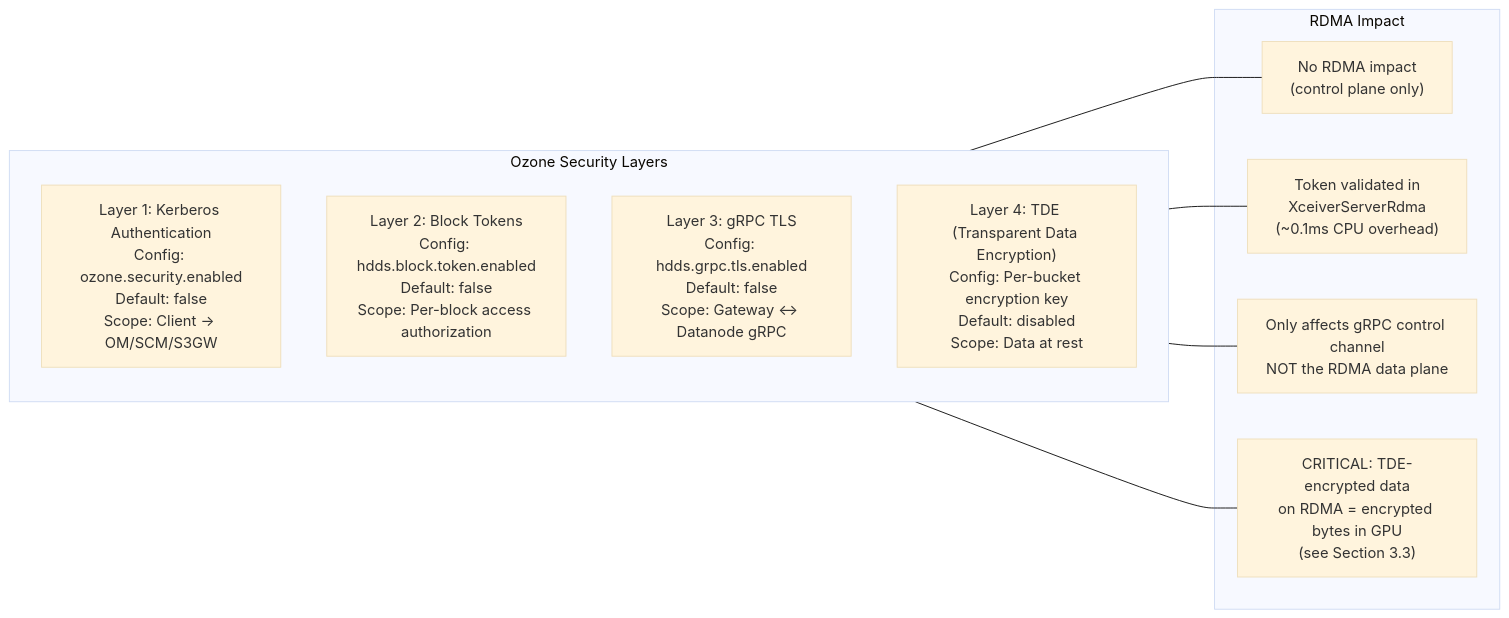
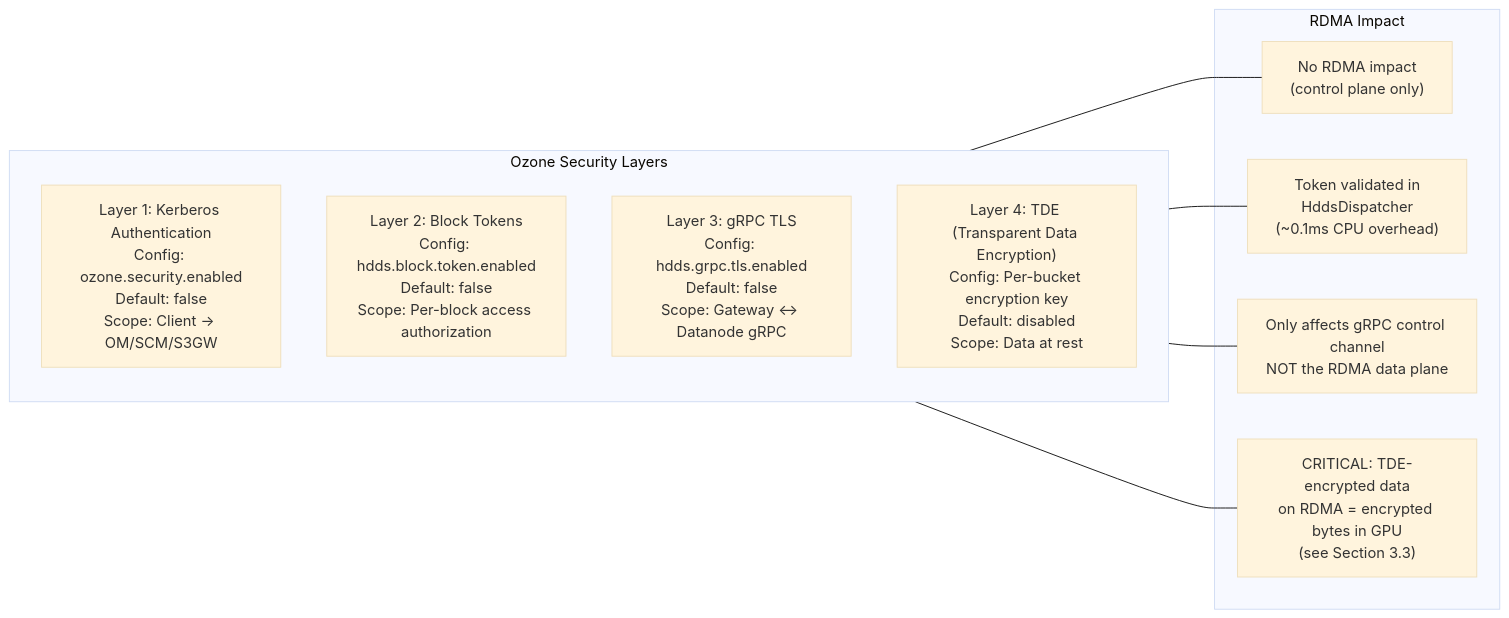
Diagram 13 of 18 in docs/gds-dn-direct-rdma-implementation-spec.md (ptlrs/ozone), drawn with Mermaid (base theme) before and after one commit. The commit also changed other lines of this file, not shown here.

Commit message:
GPUDirect. Update GPUDirect Storage spec to version 2.0 with enhanced RDMA path details. This removed all hallucinated APIs

````diff
--- a/docs/gds-dn-direct-rdma-implementation-spec.md
+++ b/docs/gds-dn-direct-rdma-implementation-spec.md
@@ -988,22 +922,22 @@
 ```mermaid
 flowchart LR
   subgraph Layers["Ozone Security Layers"]
     direction TB
-    L1["Layer 1: Kerberos Authentication<br/>Config: ozone.security.enabled<br/>Default: false<br/>Scope: Client → OM/SCM/S3GW"]
+    L1["Layer 1: Kerberos Authentication<br/>Config: ozone.security.enabled<br/>Default: false<br/>Scope: Client -> OM/SCM/S3GW"]
     L2["Layer 2: Block Tokens<br/>Config: hdds.block.token.enabled<br/>Default: false<br/>Scope: Per-block access authorization"]
-    L3["Layer 3: gRPC TLS<br/>Config: hdds.grpc.tls.enabled<br/>Default: false<br/>Scope: Gateway ↔ Datanode gRPC"]
+    L3["Layer 3: gRPC TLS<br/>Config: hdds.grpc.tls.enabled<br/>Default: false<br/>Scope: Gateway <-> Datanode gRPC"]
     L4["Layer 4: TDE (Transparent Data Encryption)<br/>Config: Per-bucket encryption key<br/>Default: disabled<br/>Scope: Data at rest"]
   end
 
   subgraph Impact["RDMA Impact"]
     I1["No RDMA impact<br/>(control plane only)"]
-    I2["Token validated in<br/>XceiverServerRdma<br/>(~0.1ms CPU overhead)"]
+    I2["Token validated in<br/>HddsDispatcher<br/>(~0.1ms CPU overhead)"]
     I3["Only affects gRPC control channel<br/>NOT the RDMA data plane"]
     I4["CRITICAL: TDE-encrypted data<br/>on RDMA = encrypted bytes in GPU<br/>(see Section 3.3)"]
   end
 
   L1 --- I1
   L2 --- I2
   L3 --- I3
   L4 --- I4
 ```
````
